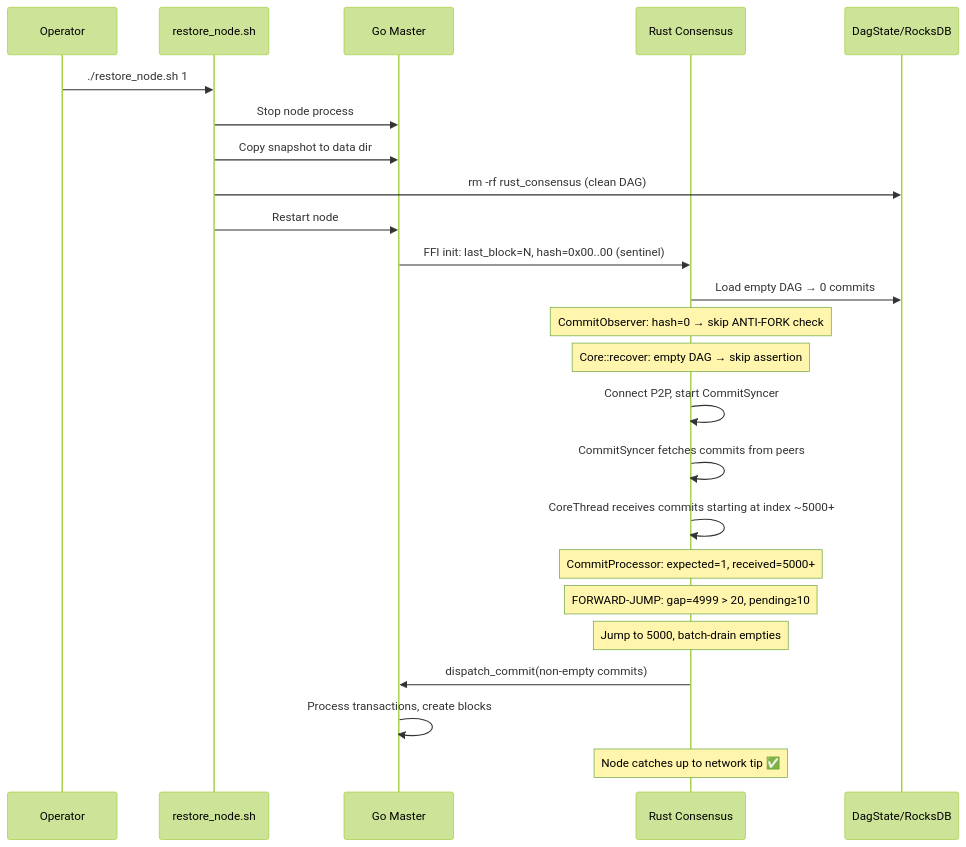
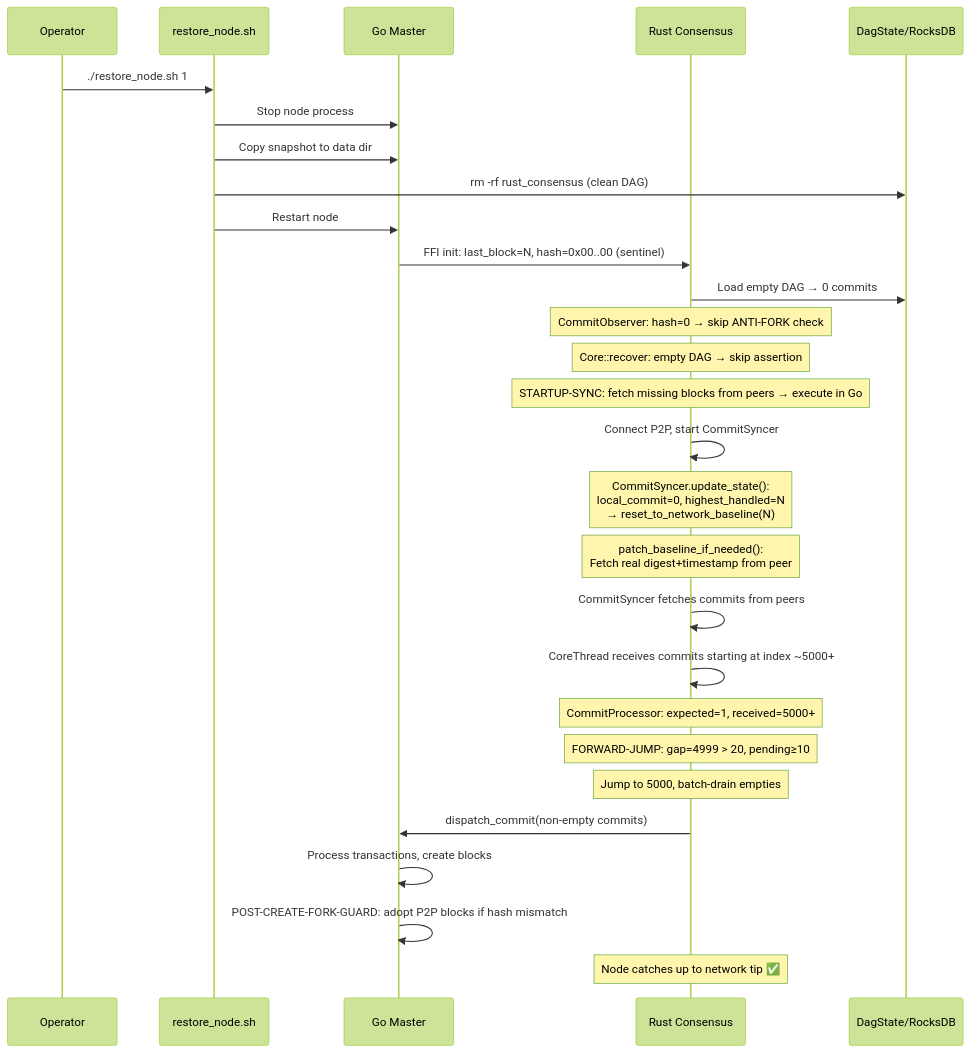
Before and after one commit to x3pi/metanode: the sixth of 6 diagrams in consensus/metanode/docs/CONSENSUS_ARCHITECTURE_VN.md, drawn with Mermaid (forest theme). The commit also changed other lines of this file and 13 other files, not shown here.

````diff
--- a/consensus/metanode/docs/CONSENSUS_ARCHITECTURE_VN.md
+++ b/consensus/metanode/docs/CONSENSUS_ARCHITECTURE_VN.md
@@ -300,33 +461,39 @@
 ```mermaid
 sequenceDiagram
     participant Admin as Operator
     participant Script as restore_node.sh
     participant Go as Go Master
     participant Rust as Rust Consensus
     participant DAG as DagState/RocksDB
 
     Admin->>Script: ./restore_node.sh 1
     Script->>Go: Stop node process
     Script->>Go: Copy snapshot to data dir
     Script->>DAG: rm -rf rust_consensus (clean DAG)
     Script->>Go: Restart node
     
     Go->>Rust: FFI init: last_block=N, hash=0x00..00 (sentinel)
     Rust->>DAG: Load empty DAG → 0 commits
     
     Note over Rust: CommitObserver: hash=0 → skip ANTI-FORK check
     Note over Rust: Core::recover: empty DAG → skip assertion
+    Note over Rust: STARTUP-SYNC: fetch missing blocks from peers → execute in Go
     
     Rust->>Rust: Connect P2P, start CommitSyncer
+    
+    Note over Rust: CommitSyncer.update_state():<br/>local_commit=0, highest_handled=N<br/>→ reset_to_network_baseline(N)
+    Note over Rust: patch_baseline_if_needed():<br/>Fetch real digest+timestamp from peer
+    
     Rust->>Rust: CommitSyncer fetches commits from peers
     Rust->>Rust: CoreThread receives commits starting at index ~5000+
     
     Note over Rust: CommitProcessor: expected=1, received=5000+
     Note over Rust: FORWARD-JUMP: gap=4999 > 20, pending≥10
     Note over Rust: Jump to 5000, batch-drain empties
     
     Rust->>Go: dispatch_commit(non-empty commits)
     Go->>Go: Process transactions, create blocks
+    Go->>Go: POST-CREATE-FORK-GUARD: adopt P2P blocks if hash mismatch
     
     Note over Rust: Node catches up to network tip ✅
 ```
````
